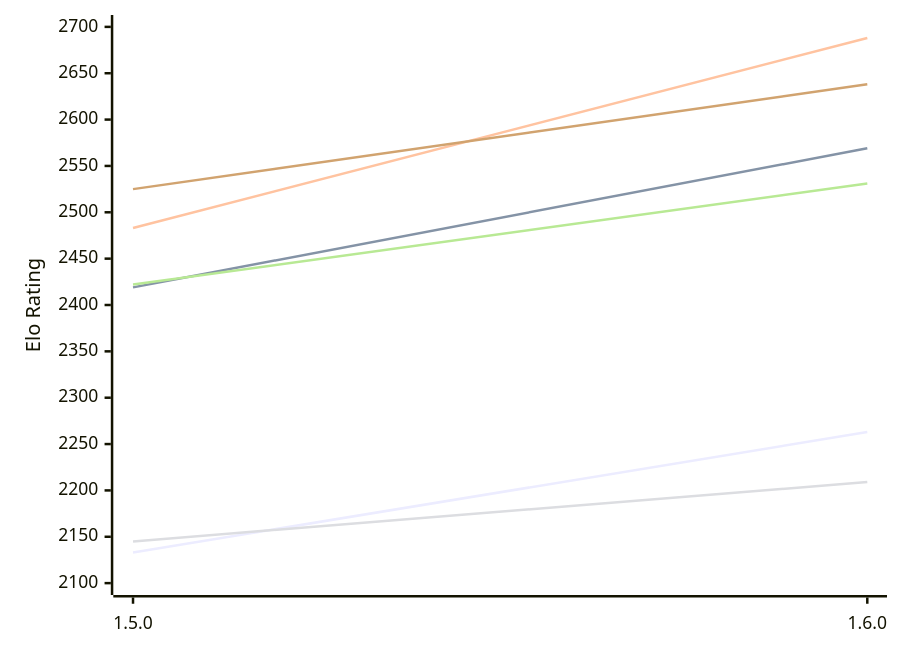
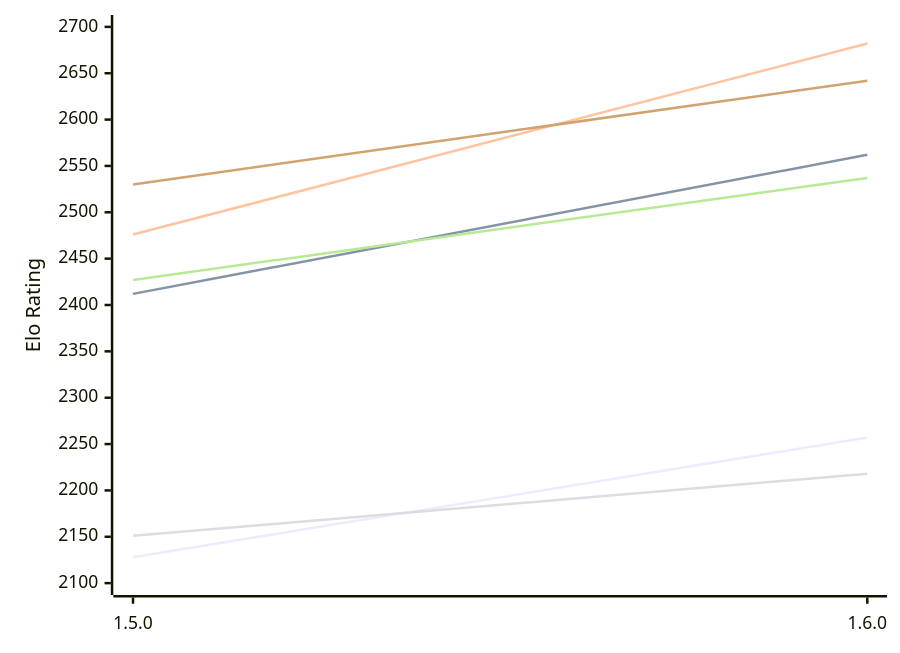
The first of 2 diagrams in engines/Tofiks.md (computer-chess-index/cci), drawn with Mermaid before and after one commit. The commit also changed other lines of this file, not shown here.

Commit message:
Update CCI Ratings (ELO VLTC) - 2026-11-18

````diff
--- a/engines/Tofiks.md
+++ b/engines/Tofiks.md
@@ -51,12 +51,12 @@
 ```mermaid
 %%{init: {"theme":"base","themeVariables":{"seriesColors:['#a3a3a3','#222221','#faa371']}}}%%
 xychart-beta
   x-axis ["1.5.0", "1.6.0"]
   y-axis "Elo Rating" 2100 --> 2700
-  line "E1: STC (8.0+0.08s)" [2133, 2263]
-  line "E1: LTC (60.0+0.60s)" [2419, 2569]
-  line "E1: VLTC (2m24s+1.12s)" [2483, 2688]
-  line "P1: STC (8.0+0.08s)" [2145, 2209]
-  line "P1: LTC (60.0+0.60s)" [2422, 2531]
-  line "P1: VLTC (2m24s+1.12s)" [2525, 2638]
+  line "E1: STC (8.0+0.08s)" [2128, 2257]
+  line "E1: LTC (60.0+0.60s)" [2412, 2562]
+  line "E1: VLTC (2m24s+1.12s)" [2476, 2682]
+  line "P1: STC (8.0+0.08s)" [2151, 2218]
+  line "P1: LTC (60.0+0.60s)" [2427, 2537]
+  line "P1: VLTC (2m24s+1.12s)" [2530, 2642]
 ```
````
